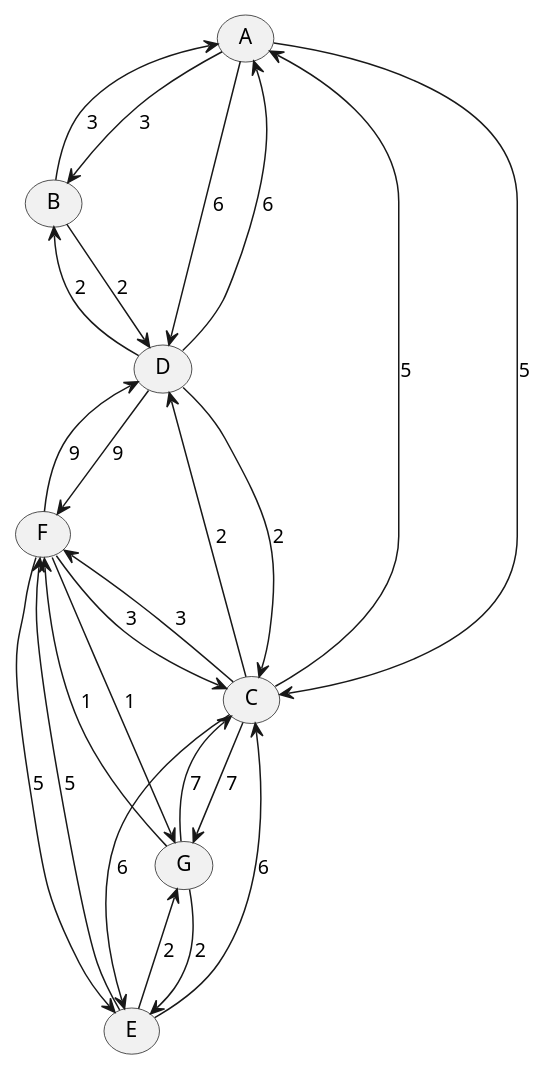
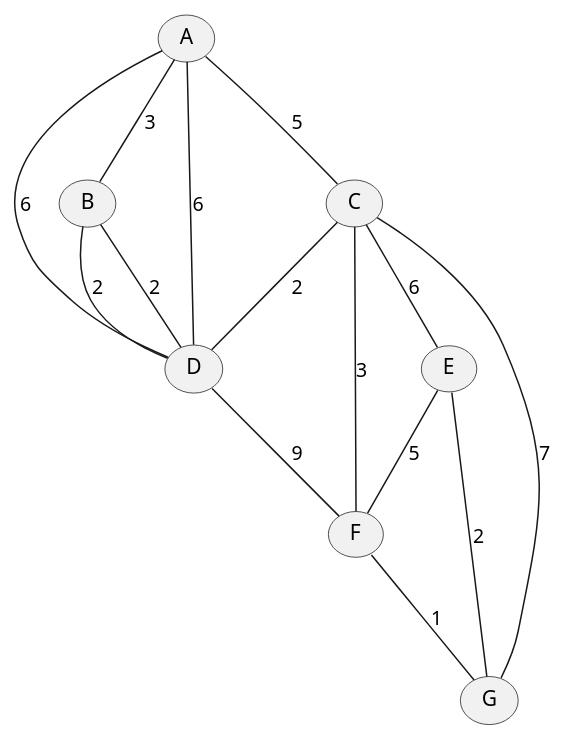
One commit to John-Zoscak-02/Dijkstras changed the diagram in src/Maps/map1.puml. Above: the diagram before and after it, drawn with PlantUML. The commit also changed 5 other files, not shown here.

```diff
--- a/src/Maps/map1.puml
+++ b/src/Maps/map1.puml
@@ -1,40 +1,23 @@
 @startuml
 	(A)
 	(B)
 	(C)
 	(D)
 	(E)
 	(F)
 	(G)
-	A --> B : 3
-	A --> C : 5
-	A --> D : 6
-
-	B --> A : 3
-	B --> D : 2
-
-	C --> A : 5
-	C --> D : 2
-	C --> F : 3
-	C --> G : 7
-	C --> E : 6
-
-	D --> B : 2
-	D --> A : 6
-	D --> C : 2
-	D --> F : 9
-
-	E --> C : 6
-	E --> F : 5
-	E --> G : 2
-
-	F --> D : 9
-	F --> C : 3
-	F --> E : 5
-	F --> G : 1
-
-	G --> F : 1
-	G --> C : 7
-	G --> E : 2
-
+	F -- G : 1
+	B -- D : 2
+	C -- D : 2
+	D -- B : 2
+	E -- G : 2
+	A -- B : 3
+	C -- F : 3
+	A -- C : 5
+	E -- F : 5
+	A -- D : 6
+	C -- E : 6
+	D -- A : 6
+	C -- G : 7
+	D -- F : 9
 @enduml
```
